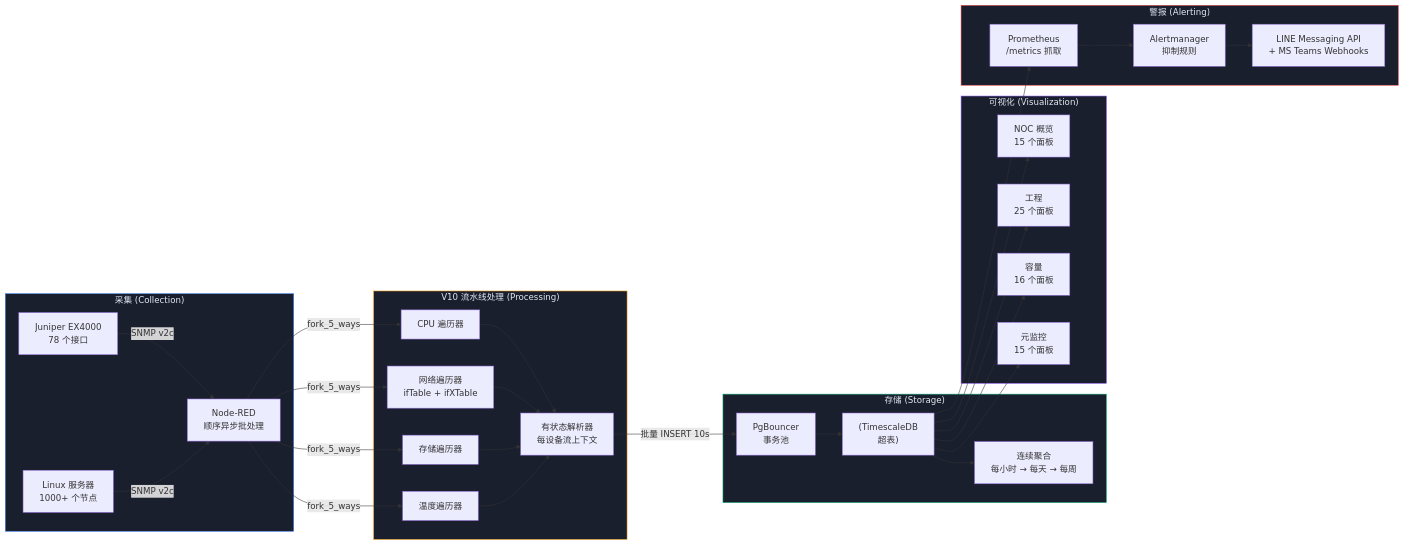
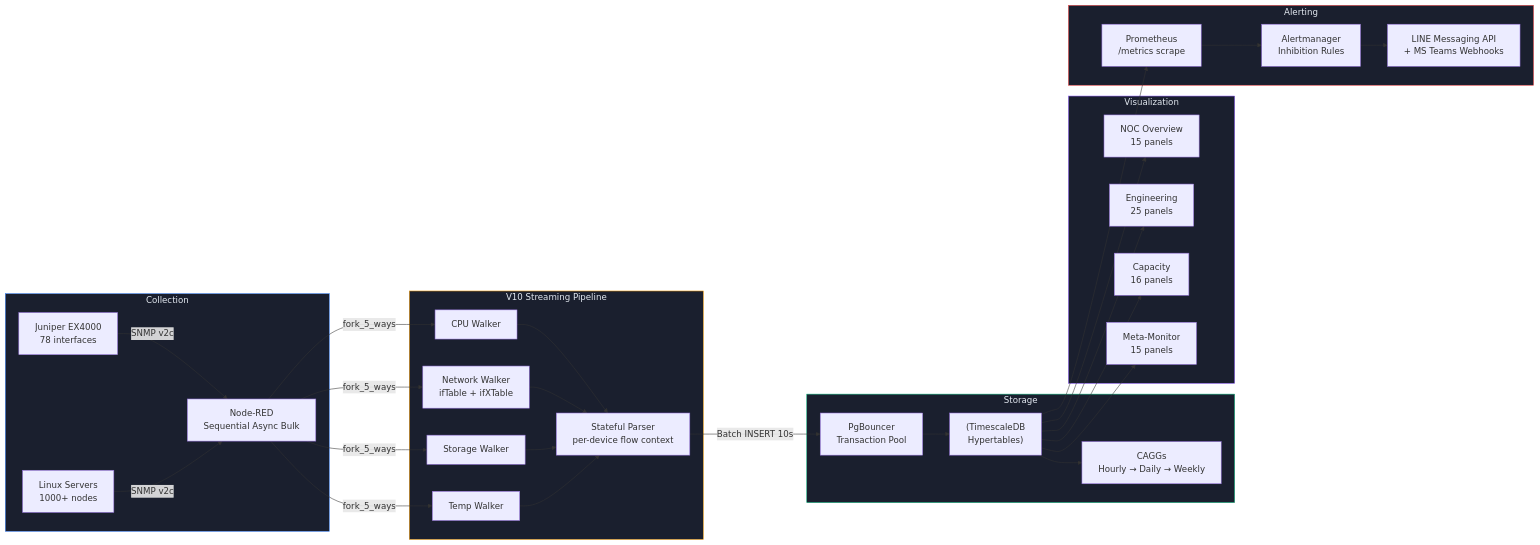
One commit to PATTANAKORN025/IMS changed the diagram in README-zh-CN.md. Above: the diagram before and after it, drawn with Mermaid. The commit also changed other lines of this file and 22 other files, not shown here.

````diff
--- a/README-zh-CN.md
+++ b/README-zh-CN.md
@@ -210,43 +217,43 @@
 ```mermaid
 flowchart LR
-  subgraph Collection ["采集 (Collection)"]
-    J["Juniper EX4000\n78 个接口"] -->|SNMP v2c| W["Node-RED\n顺序异步批处理"]
-    S["Linux 服务器\n1000+ 个节点"] -->|SNMP v2c| W
+  subgraph Collection ["Collection"]
+    J["Juniper EX4000\n78 interfaces"] -->|SNMP v2c| W["Node-RED\nSequential Async Bulk"]
+    S["Linux Servers\n1000+ nodes"] -->|SNMP v2c| W
   end
 
-  subgraph Processing ["V10 流水线处理 (Processing)"]
-    W -->|fork_5_ways| CPU[CPU 遍历器]
-    W -->|fork_5_ways| NET["网络遍历器\nifTable + ifXTable"]
-    W -->|fork_5_ways| STO[存储遍历器]
-    W -->|fork_5_ways| TMP[温度遍历器]
-    CPU --> P["有状态解析器\n每设备流上下文"]
+  subgraph Processing ["V10 Streaming Pipeline"]
+    W -->|fork_5_ways| CPU[CPU Walker]
+    W -->|fork_5_ways| NET["Network Walker\nifTable + ifXTable"]
+    W -->|fork_5_ways| STO[Storage Walker]
+    W -->|fork_5_ways| TMP[Temp Walker]
+    CPU --> P["Stateful Parser\nper-device flow context"]
     NET --> P
     STO --> P
     TMP --> P
   end
 
-  subgraph Storage ["存储 (Storage)"]
-    P -->|批量 INSERT 10s| B["PgBouncer\n事务池"]
-    B --> T["(TimescaleDB\n超表)"]
-    T --> CAGG["连续聚合<br>每小时 → 每天 → 每周"]
+  subgraph Storage ["Storage"]
+    P -->|Batch INSERT 10s| B["PgBouncer\nTransaction Pool"]
+    B --> T["(TimescaleDB\nHypertables)"]
+    T --> CAGG["CAGGs\nHourly → Daily → Weekly"]
   end
 
-  subgraph Visualization ["可视化 (Visualization)"]
-    T --> G1["NOC 概览\n15 个面板"]
-    T --> G2["工程\n25 个面板"]
-    T --> G3["容量\n16 个面板"]
-    T --> G4["元监控\n15 个面板"]
+  subgraph Visualization ["Visualization"]
+    T --> G1["NOC Overview\n15 panels"]
+    T --> G2["Engineering\n25 panels"]
+    T --> G3["Capacity\n16 panels"]
+    T --> G4["Meta-Monitor\n15 panels"]
   end
 
-  subgraph Alerting ["警报 (Alerting)"]
-    T --> PR["Prometheus\n/metrics 抓取"]
-    PR --> AM["Alertmanager\n抑制规则"]
+  subgraph Alerting ["Alerting"]
+    T --> PR["Prometheus\n/metrics scrape"]
+    PR --> AM["Alertmanager\nInhibition Rules"]
     AM --> WEB["LINE Messaging API\n+ MS Teams Webhooks"]
   end
 
   style Collection fill:#1a1f2e,stroke:#3B82F6,color:#e2e8f0
   style Processing fill:#1a1f2e,stroke:#F59E0B,color:#e2e8f0
   style Storage fill:#1a1f2e,stroke:#10B981,color:#e2e8f0
   style Visualization fill:#1a1f2e,stroke:#8B5CF6,color:#e2e8f0
   style Alerting fill:#1a1f2e,stroke:#EF4444,color:#e2e8f0
 ```
````
